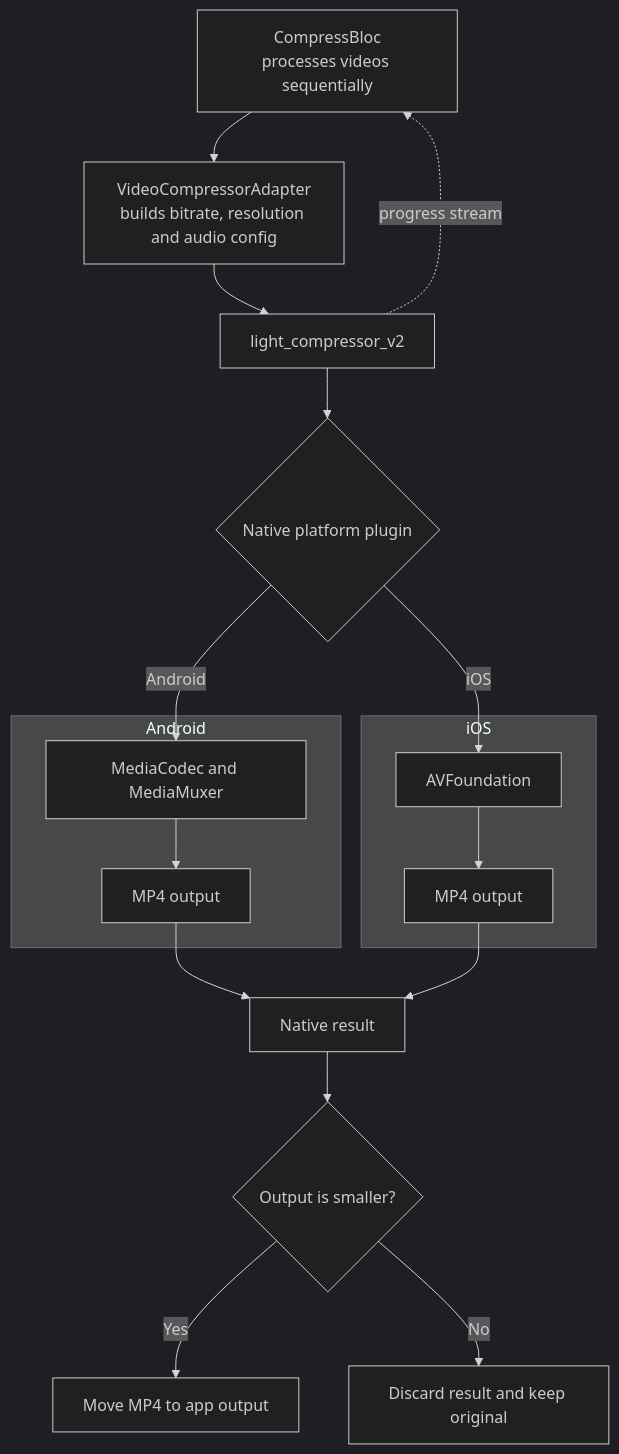
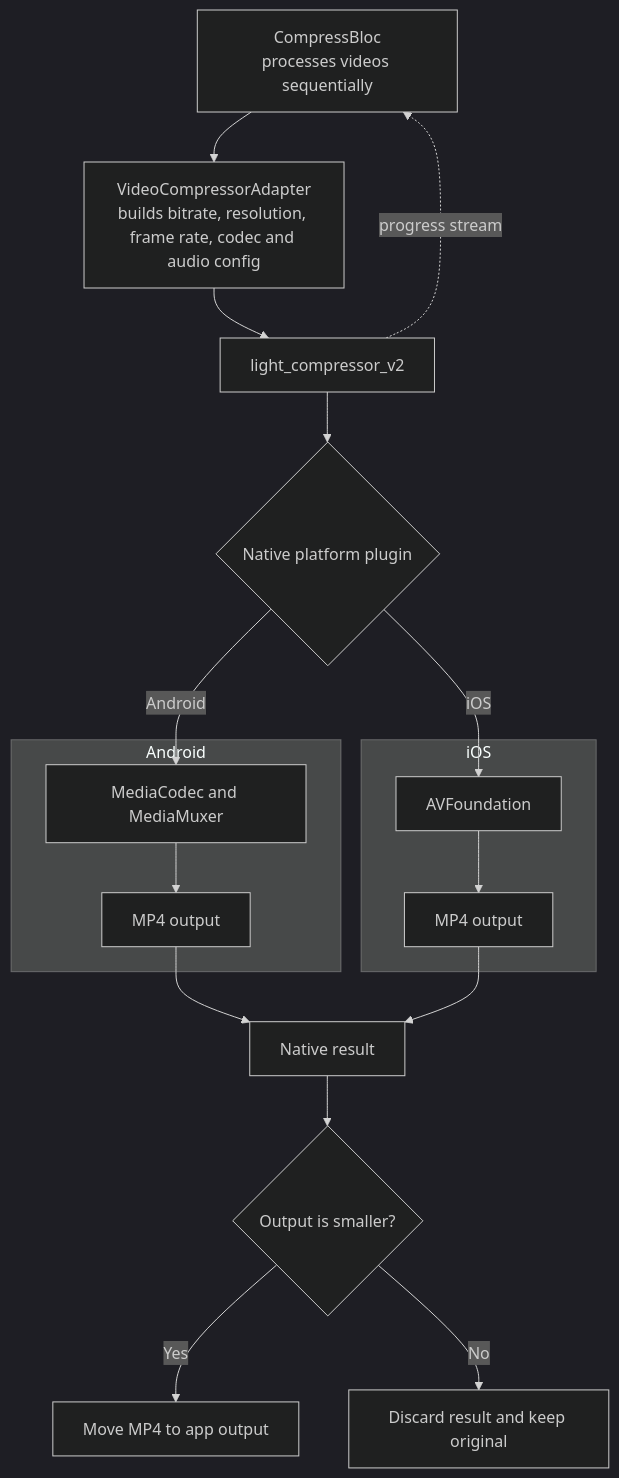
The diagram in README.md (minimo-pro/minimo_video), drawn with Mermaid (dark theme) before and after one commit. The commit also changed other lines of this file and 20 other files, not shown here.

````diff
--- a/README.md
+++ b/README.md
@@ -39,25 +24,25 @@
 ```mermaid
 flowchart TD
-    A[CompressBloc<br/>processes videos sequentially] --> B[VideoCompressorAdapter<br/>builds bitrate, resolution and audio config]
+    A[CompressBloc<br/>processes videos sequentially] --> B[VideoCompressorAdapter<br/>builds bitrate, resolution, frame rate, codec and audio config]
     B --> C[light_compressor_v2]
     C --> D{Native platform plugin}
 
     subgraph Android
         E[MediaCodec and MediaMuxer]
         E --> F[MP4 output]
     end
 
     subgraph iOS
         G[AVFoundation]
         G --> H[MP4 output]
     end
 
     D -->|Android| E
     D -->|iOS| G
     C -.->|progress stream| A
     F --> I[Native result]
     H --> I
     I --> J{Output is smaller?}
     J -->|Yes| K[Move MP4 to app output]
     J -->|No| L[Discard result and keep original]
 ```
````
